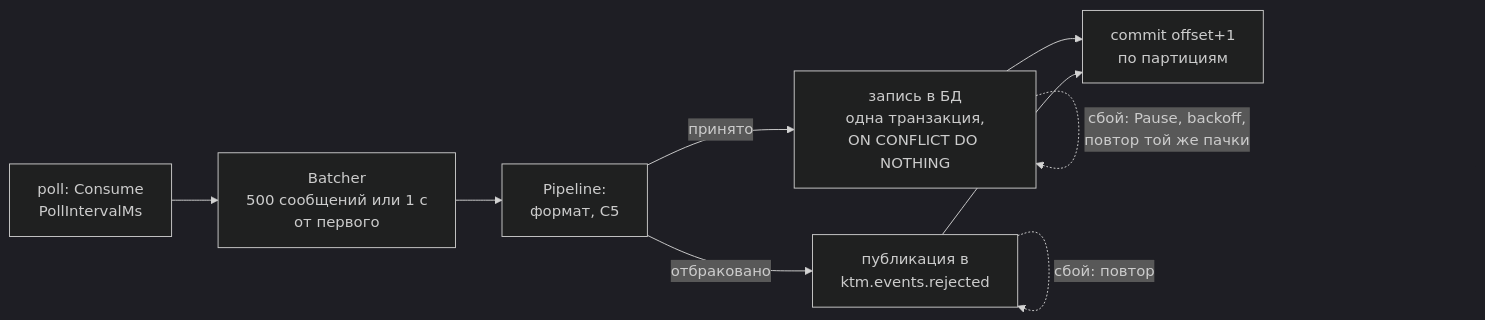
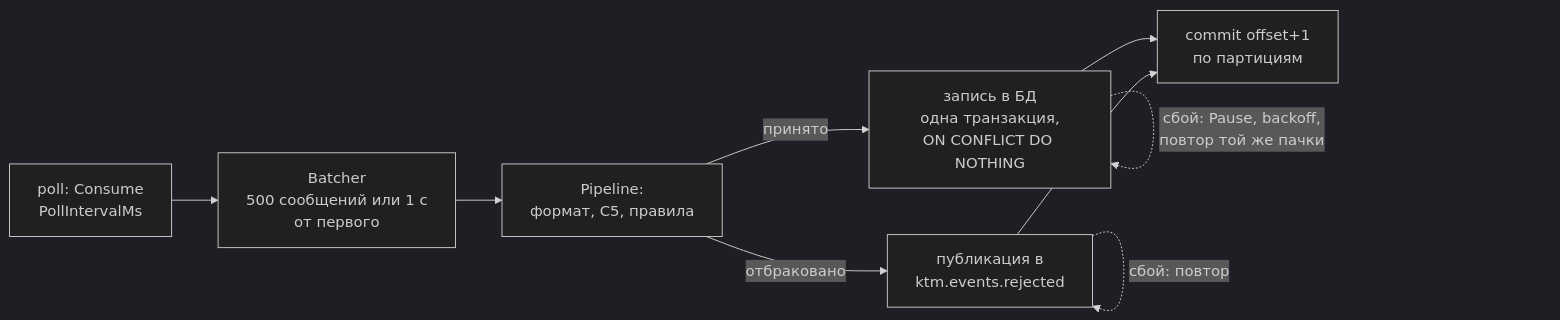
Before and after one commit to mmg163/ktm_backend: the third of 3 diagrams in src/README.md, drawn with Mermaid (dark theme). The commit also changed other lines of this file and 4 other files, not shown here.

````diff
--- a/src/README.md
+++ b/src/README.md
@@ -115,11 +123,11 @@
 ```mermaid
 flowchart LR
     A[poll: Consume<br/>PollIntervalMs] --> B[Batcher<br/>500 сообщений или 1 с<br/>от первого]
-    B --> C[Pipeline:<br/>формат, C5]
+    B --> C[Pipeline:<br/>формат, C5, правила]
     C -->|принято| D[запись в БД<br/>одна транзакция,<br/>ON CONFLICT DO NOTHING]
     C -->|отбраковано| E[публикация в<br/>ktm.events.rejected]
     D --> F[commit offset+1<br/>по партициям]
     E --> F
     D -. сбой: Pause, backoff,<br/>повтор той же пачки .-> D
     E -. сбой: повтор .-> E
 ```
````
